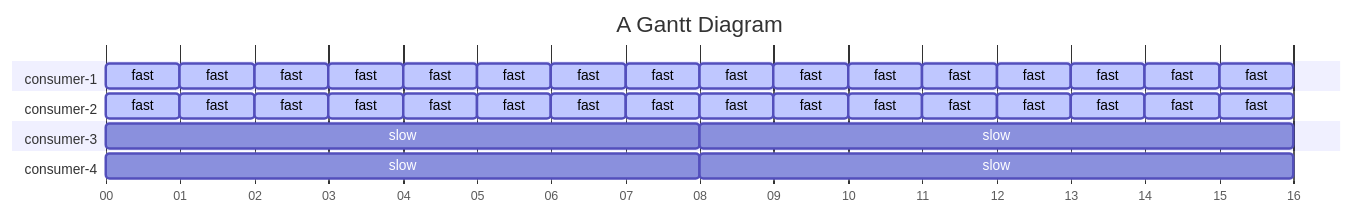
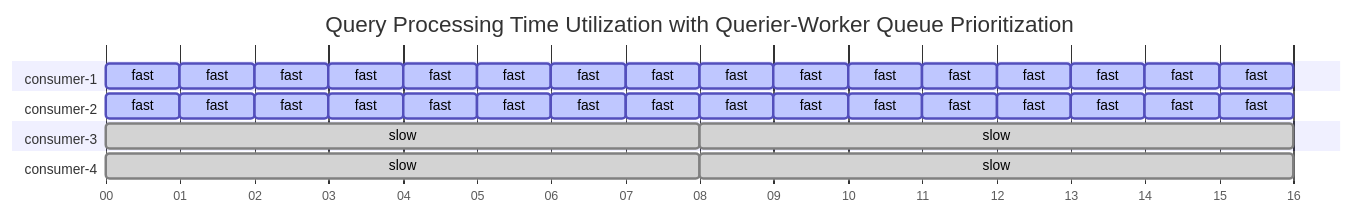
The fourth of 4 diagrams in pkg/scheduler/DESIGN.md (grafana/mimir), drawn with Mermaid before and after one commit. The commit also changed other lines of this file, not shown here.

````diff
--- a/pkg/scheduler/DESIGN.md
+++ b/pkg/scheduler/DESIGN.md
@@ -373,60 +372,60 @@
 ```mermaid
 ---
 config:
   gantt:
     displayMode: compact
     numberSectionStyles: 2
   theme: default
 ---
 gantt
-    title A Gantt Diagram
+    title Query Processing Time Utilization with Querier-Worker Queue Prioritization
     dateFormat ss
     axisFormat %S
     tickInterval 1second
 
     section consumer-1
         fast        :active, c1-1, 00, 1s
         fast        :active, c1-2, 01, 1s
         fast        :active, c1-3, 02, 1s
         fast        :active, c1-4, 03, 1s
         fast        :active, c1-5, 04, 1s
         fast        :active, c1-6, 05, 1s
         fast        :active, c1-7, 06, 1s
         fast        :active, c1-8, 07, 1s
         fast        :active, c1-9, 08, 1s
         fast        :active, c1-10, 09, 1s
         fast        :active, c1-11, 10, 1s
         fast        :active, c1-12, 11, 1s
         fast        :active, c1-13, 12, 1s
         fast        :active, c1-14, 13, 1s
         fast        :active, c1-15, 14, 1s
         fast        :active, c1-16, 15, 1s
 
     section consumer-2
         fast        :active, c2-1, 00, 1s
         fast        :active, c2-2, 01, 1s
         fast        :active, c2-3, 02, 1s
         fast        :active, c2-4, 03, 1s
         fast        :active, c2-5, 04, 1s
         fast        :active, c2-6, 05, 1s
         fast        :active, c2-7, 06, 1s
         fast        :active, c2-8, 07, 1s
         fast        :active, c2-9, 08, 1s
         fast        :active, c2-10, 09, 1s
         fast        :active, c2-11, 10, 1s
         fast        :active, c2-12, 11, 1s
         fast        :active, c2-13, 12, 1s
         fast        :active, c2-14, 13, 1s
         fast        :active, c2-15, 14, 1s
         fast        :active, c2-16, 15, 1s
 
 
     section consumer-3
-        slow        : c3-1, 00, 8s
-        slow        : c3-2, 08, 8s
+        slow        :done, c3-1, 00, 8s
+        slow        :done, c3-2, 08, 8s
 
     section consumer-4
-        slow        : c4-1, 00, 8s
-        slow        : c4-2, 08, 8s
+        slow        :done, c4-1, 00, 8s
+        slow        :done, c4-2, 08, 8s
 
 ```
````
